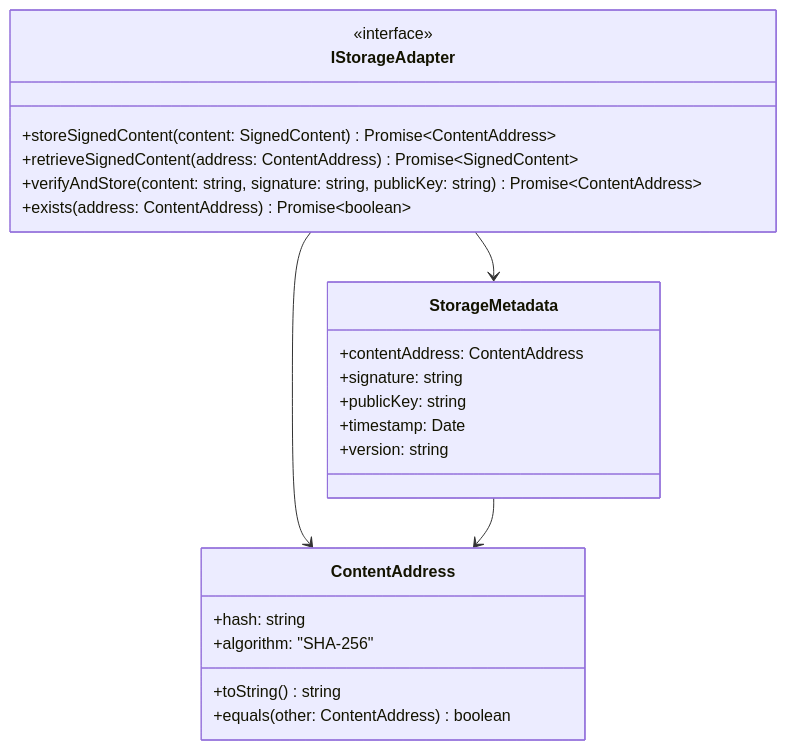
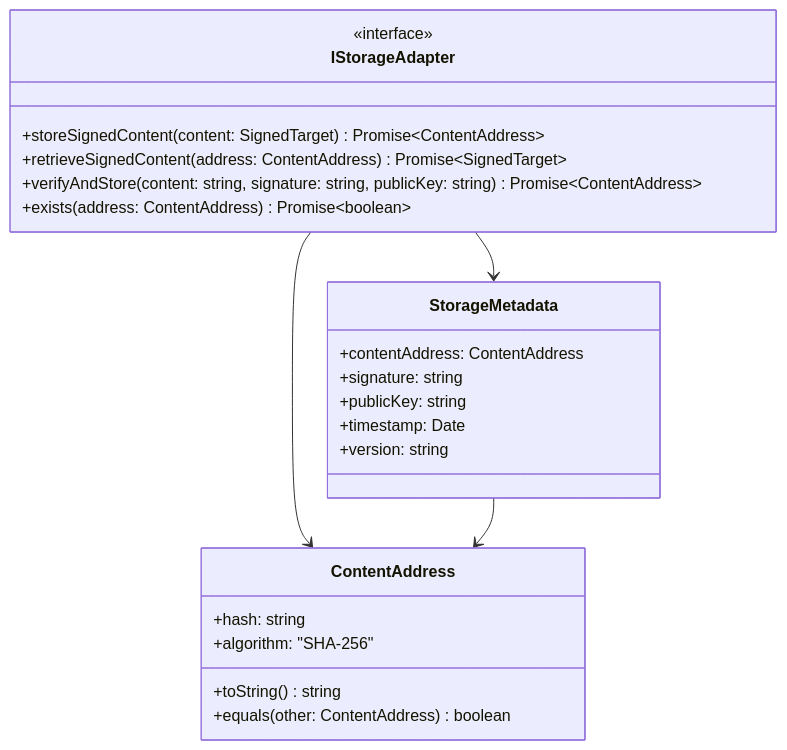
The fifth of 19 diagrams in docs/architecture/crypto/integration-contracts.md (o2alexanderfedin/Nolock.social.frontends), drawn with Mermaid before and after one commit. The commit also changed other lines of this file and 2 other files, not shown here.

First line of the commit message:
docs: comprehensive architecture documentation review and improvements

````diff
--- a/docs/architecture/crypto/integration-contracts.md
+++ b/docs/architecture/crypto/integration-contracts.md
@@ -154,29 +153,29 @@
 ```mermaid
 classDiagram
     class IStorageAdapter {
         <<interface>>
-        +storeSignedContent(content: SignedContent) Promise~ContentAddress~
-        +retrieveSignedContent(address: ContentAddress) Promise~SignedContent~
+        +storeSignedContent(content: SignedTarget) Promise~ContentAddress~
+        +retrieveSignedContent(address: ContentAddress) Promise~SignedTarget~
         +verifyAndStore(content: string, signature: string, publicKey: string) Promise~ContentAddress~
         +exists(address: ContentAddress) Promise~boolean~
     }
     
     class ContentAddress {
         +hash: string
         +algorithm: "SHA-256"
         +toString() string
         +equals(other: ContentAddress) boolean
     }
     
     class StorageMetadata {
         +contentAddress: ContentAddress
         +signature: string
         +publicKey: string
         +timestamp: Date
         +version: string
     }
     
     IStorageAdapter --> ContentAddress
     IStorageAdapter --> StorageMetadata
     StorageMetadata --> ContentAddress
 ```
````
